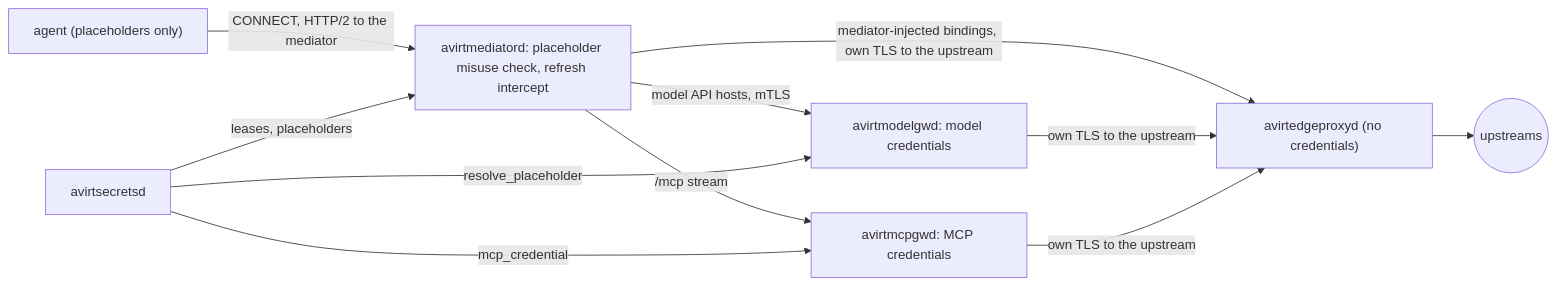
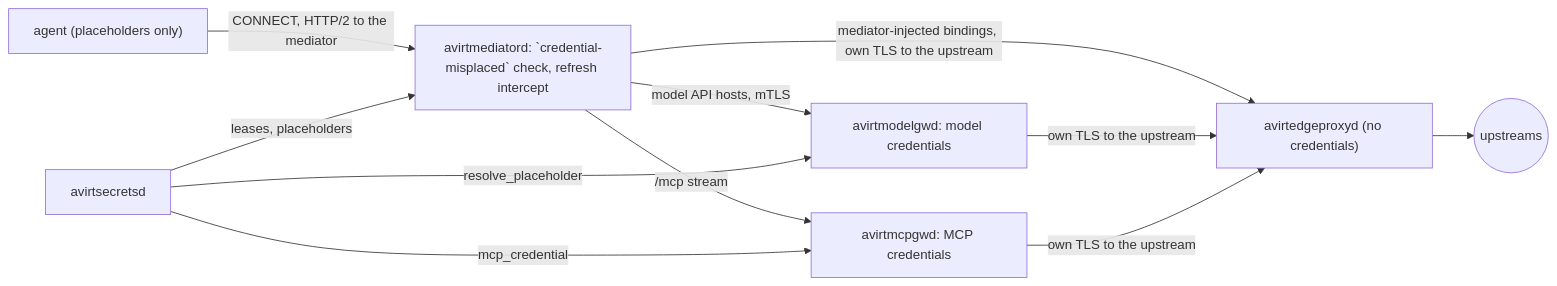
The second of 3 diagrams in docs/egress-credentials.md (tbhb-dev/avirt), drawn with Mermaid before and after one commit. The commit also changed other lines of this file and 58 other files, not shown here.

````diff
--- a/docs/egress-credentials.md
+++ b/docs/egress-credentials.md
@@ -116,13 +116,13 @@
 ```mermaid
 flowchart LR
-    agent["agent (placeholders only)"] -->|"CONNECT, HTTP/2 to the mediator"| me["avirtmediatord: placeholder misuse check, refresh intercept"]
+    agent["agent (placeholders only)"] -->|"CONNECT, HTTP/2 to the mediator"| me["avirtmediatord: `credential-misplaced` check, refresh intercept"]
     me -->|"model API hosts, mTLS"| mg["avirtmodelgwd: model credentials"]
     me -->|"/mcp stream"| mcp["avirtmcpgwd: MCP credentials"]
     me -->|"mediator-injected bindings, own TLS to the upstream"| fd["avirtedgeproxyd (no credentials)"]
     mg -->|"own TLS to the upstream"| fd
     mcp -->|"own TLS to the upstream"| fd
     fd --> up(("upstreams"))
     sec["avirtsecretsd"] -->|"resolve_placeholder"| mg
     sec -->|"mcp_credential"| mcp
     sec -->|"leases, placeholders"| me
 ```
````
